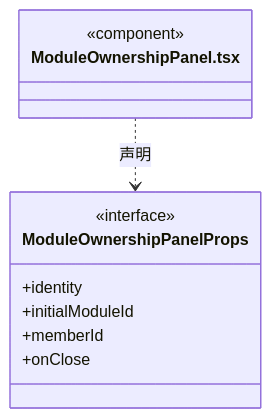
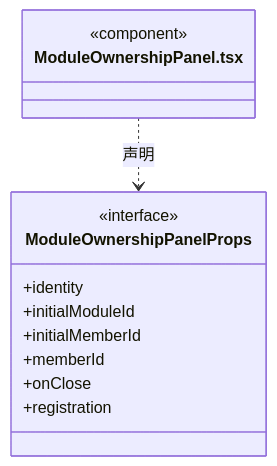
One commit to nan023062/cbim changed the eighth of 12 diagrams in src/frontend/workspace/ARCHITECTURE.md. Above: the diagram before and after it, drawn with Mermaid. The commit also changed other lines of this file and 18 other files, not shown here.

````diff
--- a/src/frontend/workspace/ARCHITECTURE.md
+++ b/src/frontend/workspace/ARCHITECTURE.md
@@ -149,14 +149,16 @@
 ```mermaid
 classDiagram
 class N_src_frontend_workspace_ModuleOwnershipPanel_tsx["ModuleOwnershipPanel.tsx"] {
   <<component>>
 }
 class N_src_frontend_workspace_ModuleOwnershipPanel_tsx_ModuleOwnershipPanelProps["ModuleOwnershipPanelProps"] {
   <<interface>>
   +identity
   +initialModuleId
+  +initialMemberId
   +memberId
   +onClose
+  +registration
 }
 N_src_frontend_workspace_ModuleOwnershipPanel_tsx ..> N_src_frontend_workspace_ModuleOwnershipPanel_tsx_ModuleOwnershipPanelProps : 声明
 ```
````
